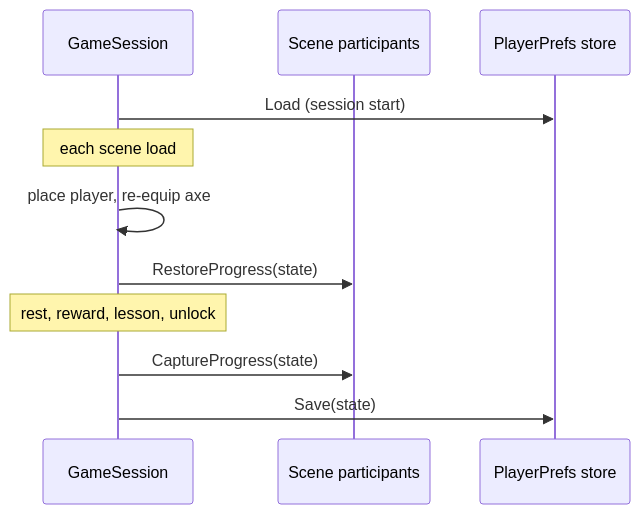
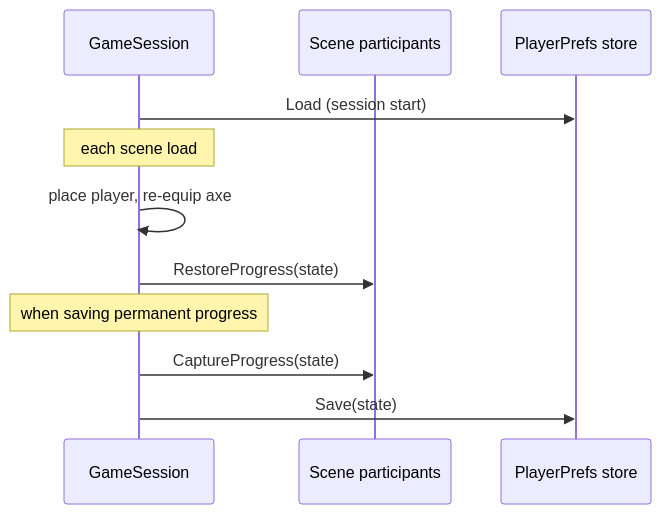
The fifth of 5 diagrams in Docs/SystemsOverview.md (Ronno7/RoadOfTheOldKing), drawn with Mermaid before and after one commit. The commit also changed other lines of this file and 4 other files, not shown here.

````diff
--- a/Docs/SystemsOverview.md
+++ b/Docs/SystemsOverview.md
@@ -206,13 +206,13 @@
 ```mermaid
 sequenceDiagram
   participant S as GameSession
   participant P as Scene participants
   participant St as PlayerPrefs store
   S->>St: Load (session start)
   Note over S: each scene load
   S->>S: place player, re-equip axe
   S->>P: RestoreProgress(state)
-  Note over S: rest, reward, lesson, unlock
+  Note over S: when saving permanent progress
   S->>P: CaptureProgress(state)
   S->>St: Save(state)
 ```
````
